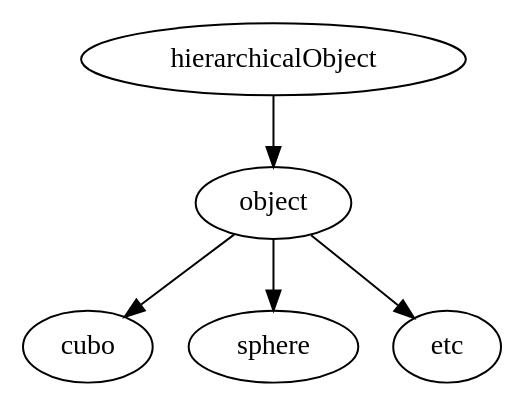
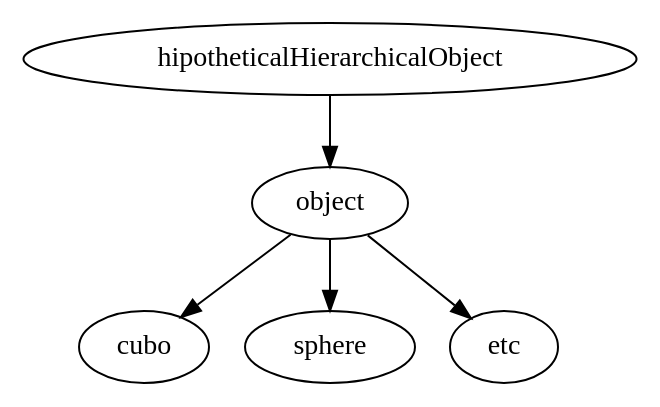
Before and after one commit to Herrjea/minimumOpenGL: the diagram in classes.dot, drawn with Graphviz. The commit also changed 4 other files, not shown here.

```diff
--- a/classes.dot
+++ b/classes.dot
@@ -1,7 +1,7 @@
 
 digraph C {
-	hierarchicalObject -> object;
+	hipotheticalHierarchicalObject -> object;
 	object -> cubo;
 	object -> sphere;
 	object -> etc;
 }
```
